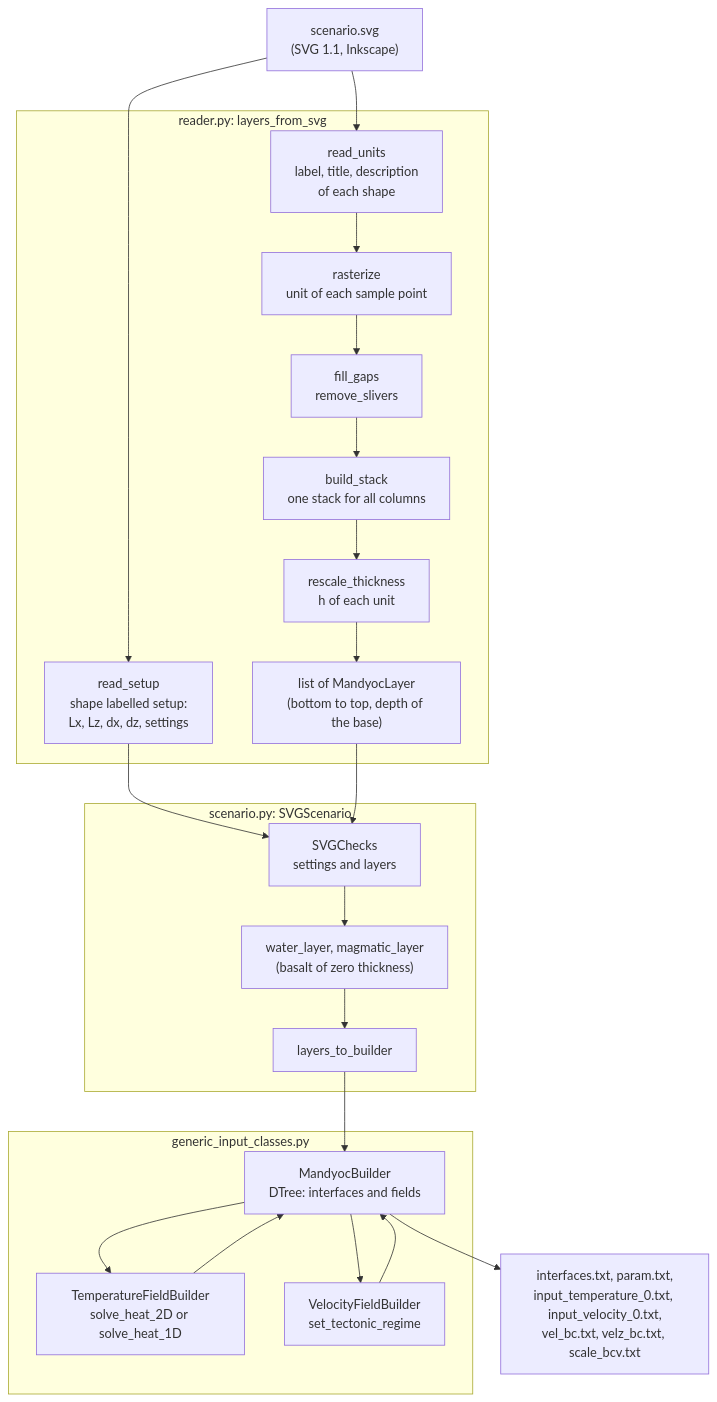
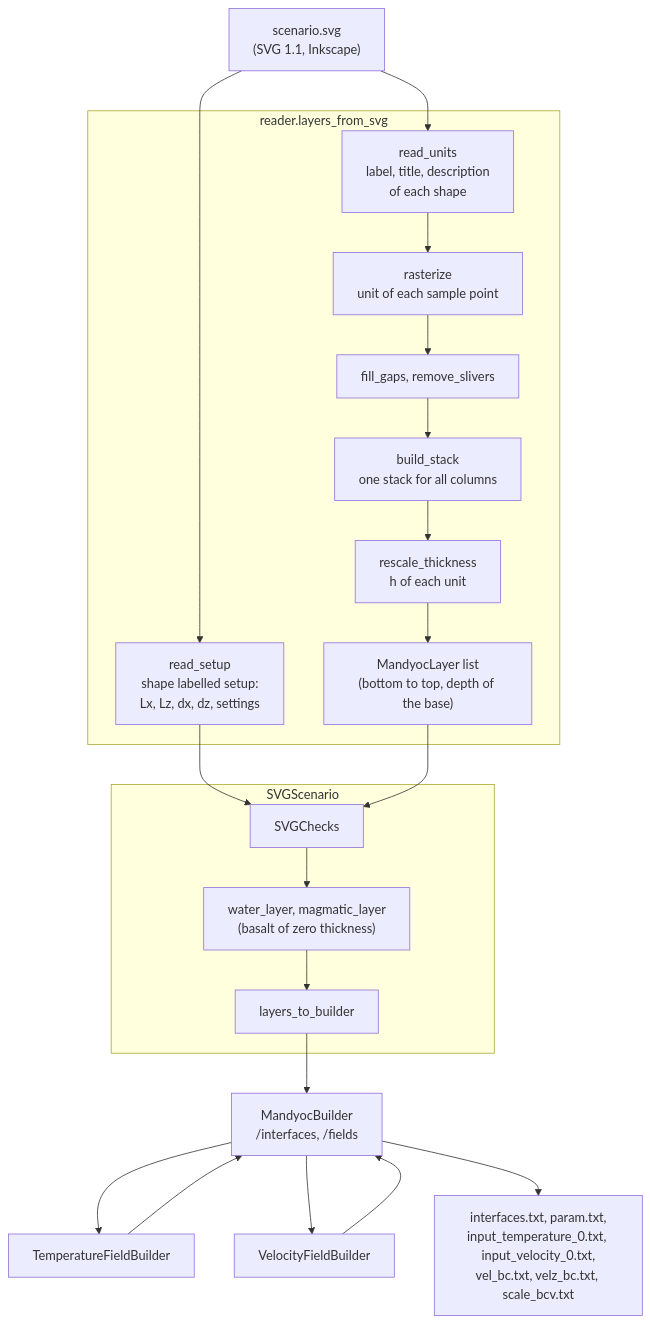
Before and after one commit to geojobueno/tapioca: the second of 3 diagrams in docs/source/abstractions/svg_scenarios.md, drawn with Mermaid. The commit also changed other lines of this file and 10 other files, not shown here.

First line of the commit message:
Set the LAB at 1350 oC and follow the architecture layout in the diagram

````diff
--- a/docs/source/abstractions/svg_scenarios.md
+++ b/docs/source/abstractions/svg_scenarios.md
@@ -10,35 +123,32 @@
 ```mermaid
 flowchart TD
     SVG["scenario.svg<br/>(SVG 1.1, Inkscape)"]
 
-    subgraph reader["reader.py: layers_from_svg"]
+    subgraph reader["reader.layers_from_svg"]
         SETUP["read_setup<br/>shape labelled setup:<br/>Lx, Lz, dx, dz, settings"]
         UNITS["read_units<br/>label, title, description<br/>of each shape"]
         RASTER["rasterize<br/>unit of each sample point"]
-        GAPS["fill_gaps<br/>remove_slivers"]
+        GAPS["fill_gaps, remove_slivers"]
         STACK["build_stack<br/>one stack for all columns"]
         SCALE["rescale_thickness<br/>h of each unit"]
-        LAYERS["list of MandyocLayer<br/>(bottom to top, depth of the base)"]
+        LAYERS["MandyocLayer list<br/>(bottom to top, depth of the base)"]
     end
 
-    subgraph scenario["scenario.py: SVGScenario"]
-        CHECKS["SVGChecks<br/>settings and layers"]
+    subgraph scenario["SVGScenario"]
+        CHECKS["SVGChecks"]
         EXTRA["water_layer, magmatic_layer<br/>(basalt of zero thickness)"]
         TOB["layers_to_builder"]
     end
 
-    subgraph generic["generic_input_classes.py"]
-        MB["MandyocBuilder<br/>DTree: interfaces and fields"]
-        TB["TemperatureFieldBuilder<br/>solve_heat_2D or solve_heat_1D"]
-        VB["VelocityFieldBuilder<br/>set_tectonic_regime"]
-    end
-
+    MB["MandyocBuilder<br/>/interfaces, /fields"]
+    TB["TemperatureFieldBuilder"]
+    VB["VelocityFieldBuilder"]
     FILES["interfaces.txt, param.txt,<br/>input_temperature_0.txt, input_velocity_0.txt,<br/>vel_bc.txt, velz_bc.txt, scale_bcv.txt"]
 
     SVG --> SETUP --> CHECKS
     SVG --> UNITS --> RASTER --> GAPS --> STACK --> SCALE --> LAYERS
     LAYERS --> CHECKS --> EXTRA --> TOB --> MB
     MB --> TB --> MB
     MB --> VB --> MB
     MB --> FILES
 ```
````
